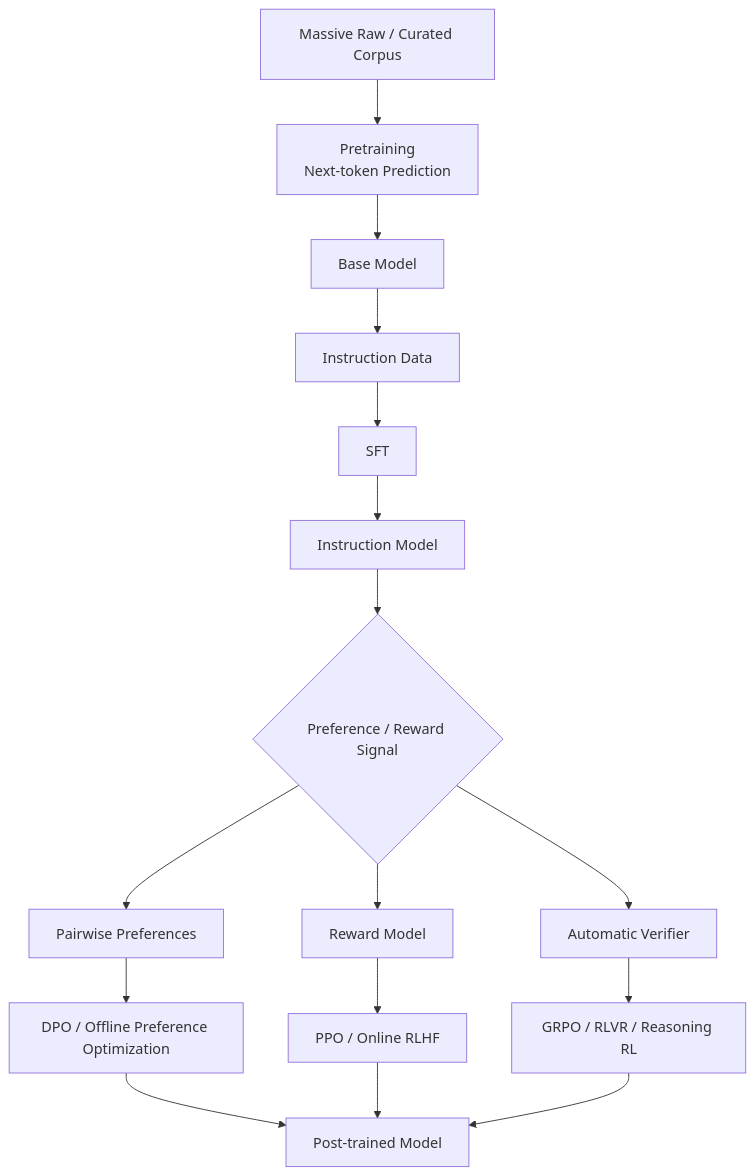
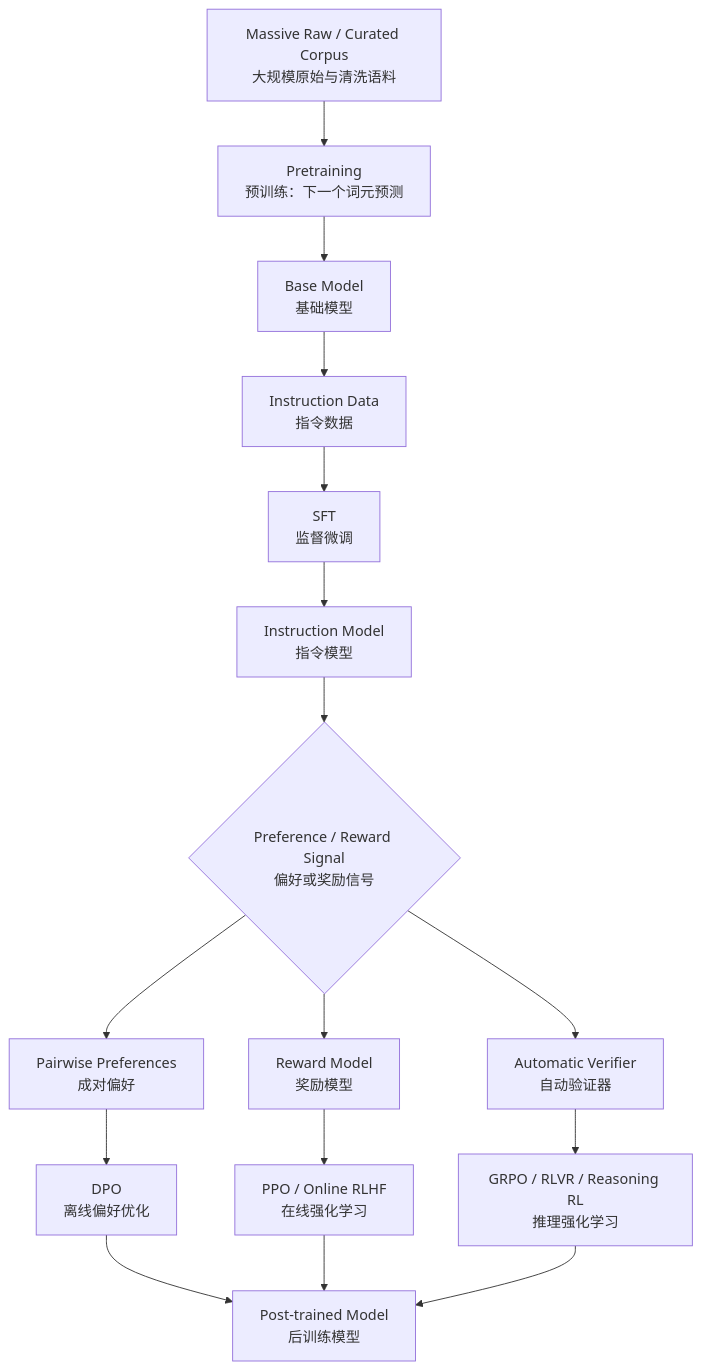
Before and after one commit to Yukun-Zheng/LLM-development: the fourth of 12 diagrams in figures/README.md, drawn with Mermaid. The commit also changed other lines of this file, not shown here.

Commit message:
docs: localize figure labels with Chinese

````diff
--- a/figures/README.md
+++ b/figures/README.md
@@ -96,18 +96,18 @@
 ```mermaid
 flowchart TD
-    A[Massive Raw / Curated Corpus] --> B[Pretraining\nNext-token Prediction]
-    B --> C[Base Model]
-    C --> D[Instruction Data]
-    D --> E[SFT]
-    E --> F[Instruction Model]
-    F --> G{Preference / Reward Signal}
-    G --> H[Pairwise Preferences]
-    H --> I[DPO / Offline Preference Optimization]
-    G --> J[Reward Model]
-    J --> K[PPO / Online RLHF]
-    G --> L[Automatic Verifier]
-    L --> M[GRPO / RLVR / Reasoning RL]
-    I --> N[Post-trained Model]
+    A[Massive Raw / Curated Corpus<br/>大规模原始与清洗语料] --> B[Pretraining<br/>预训练：下一个词元预测]
+    B --> C[Base Model<br/>基础模型]
+    C --> D[Instruction Data<br/>指令数据]
+    D --> E[SFT<br/>监督微调]
+    E --> F[Instruction Model<br/>指令模型]
+    F --> G{Preference / Reward Signal<br/>偏好或奖励信号}
+    G --> H[Pairwise Preferences<br/>成对偏好]
+    H --> I[DPO<br/>离线偏好优化]
+    G --> J[Reward Model<br/>奖励模型]
+    J --> K[PPO / Online RLHF<br/>在线强化学习]
+    G --> L[Automatic Verifier<br/>自动验证器]
+    L --> M[GRPO / RLVR / Reasoning RL<br/>推理强化学习]
+    I --> N[Post-trained Model<br/>后训练模型]
     K --> N
     M --> N
 ```
````
